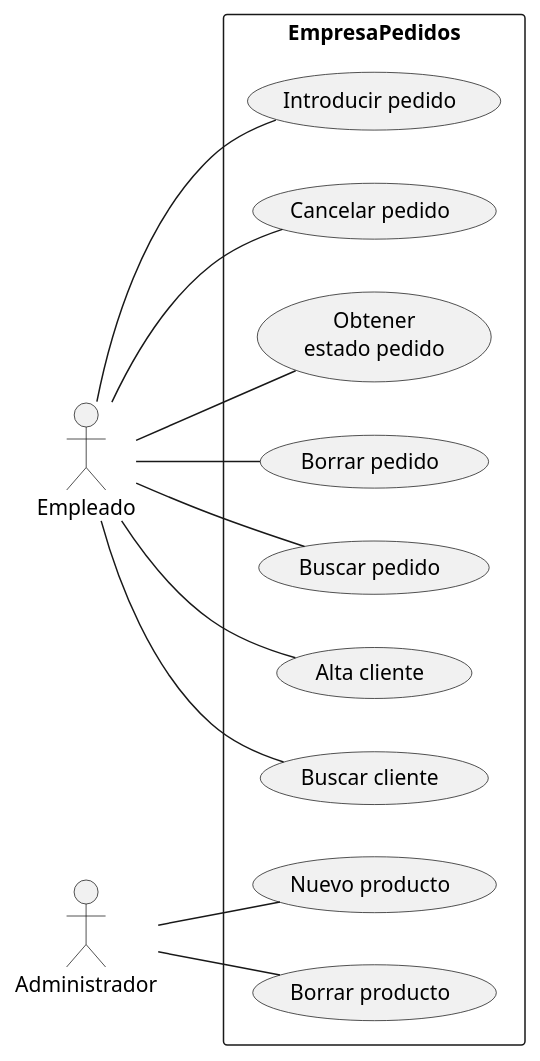
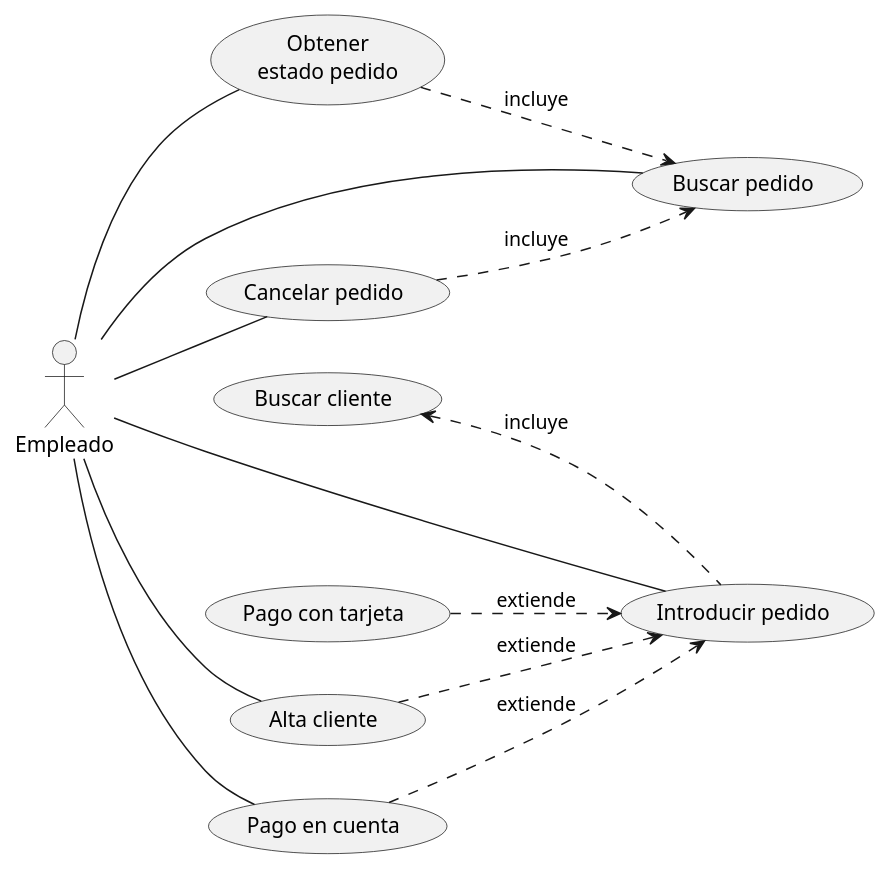
One commit to CorazaNegra/CasosDeUsos2 changed the diagram in CasosDeUsos2.puml. Above: the diagram before and after it, drawn with PlantUML.

Commit message:
diagrama estructurado

```diff
--- a/CasosDeUsos2.puml
+++ b/CasosDeUsos2.puml
@@ -1,30 +1,29 @@
 @startuml
 
 left to right direction
 
 actor "Empleado" as e
-actor "Administrador" as ad
 
-rectangle EmpresaPedidos {
-    usecase "Introducir pedido" as UC1
-    usecase "Cancelar pedido" as UC2
-    usecase "Obtener\nestado pedido" as UC3
-    usecase "Borrar pedido" as UC4
-    usecase "Buscar pedido" as UC5
-    usecase "Alta cliente" as UC6
-    usecase "Buscar cliente" as UC7
-    usecase "Nuevo producto" as UC8
-    usecase "Borrar producto" as UC9
-}
+usecase "Introducir pedido" as UC1
+usecase "Cancelar pedido" as UC2
+usecase "Obtener\nestado pedido" as UC3
+usecase "Pago en cuenta" as UC4
+usecase "Buscar pedido" as UC5
+usecase "Alta cliente" as UC6
+usecase "Buscar cliente" as UC7
+usecase "Pago con tarjeta" as UC8
 
 e -- UC1
 e -- UC2
 e -- UC3
 e -- UC4
 e -- UC5
 e -- UC6
-e -- UC7
-ad -- UC8
-ad -- UC9
+UC6 ..> UC1 : extiende
+UC1 .up.> UC7 : incluye
+UC8 ..> UC1 : extiende
+UC3 ..> UC5 : incluye
+UC2 ..> UC5 : incluye
+UC4 ..> UC1 : extiende
 
 @enduml
```
